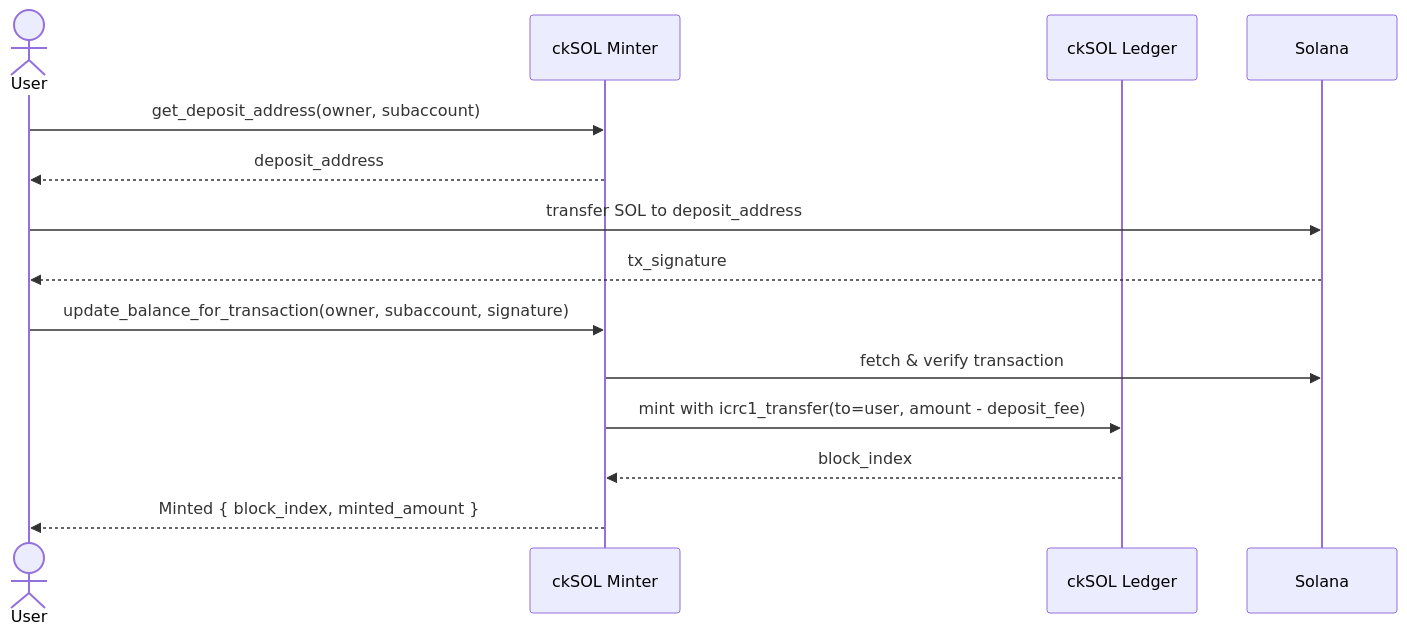
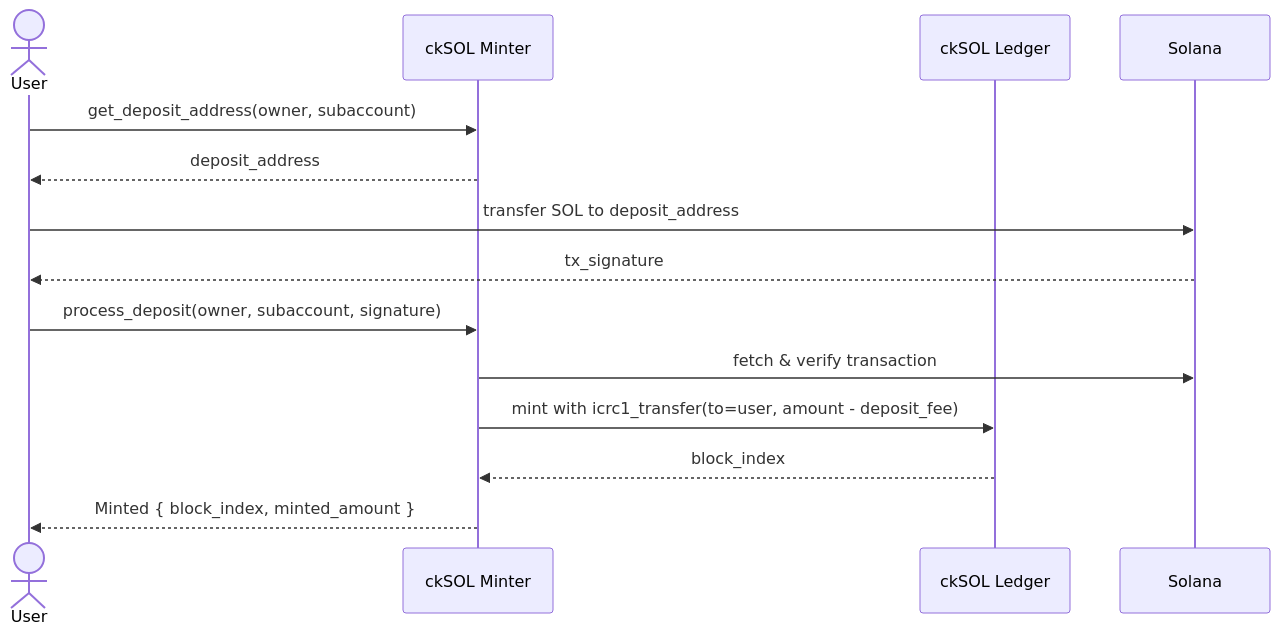
One commit to dfinity/cksol changed the first of 3 diagrams in README.md. Above: the diagram before and after it, drawn with Mermaid. The commit also changed other lines of this file and 18 other files, not shown here.

First line of the commit message:
refactor: rename update_balance_for_transaction to process_deposit

````diff
--- a/README.md
+++ b/README.md
@@ -48,19 +48,19 @@
 ```mermaid
 sequenceDiagram
     actor User
     participant Minter as ckSOL Minter
     participant Ledger as ckSOL Ledger
     participant Solana
 
     User->>Minter: get_deposit_address(owner, subaccount)
     Minter-->>User: deposit_address
 
     User->>Solana: transfer SOL to deposit_address
     Solana-->>User: tx_signature
 
-    User->>Minter: update_balance_for_transaction(owner, subaccount, signature)
+    User->>Minter: process_deposit(owner, subaccount, signature)
     Minter->>Solana: fetch & verify transaction
     Minter->>Ledger: mint with icrc1_transfer(to=user, amount - deposit_fee)
     Ledger-->>Minter: block_index
     Minter-->>User: Minted { block_index, minted_amount }
 ```
````
